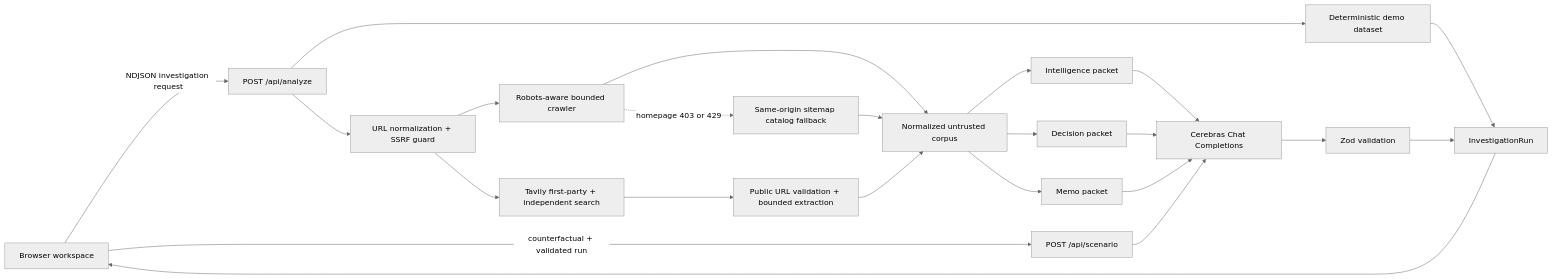
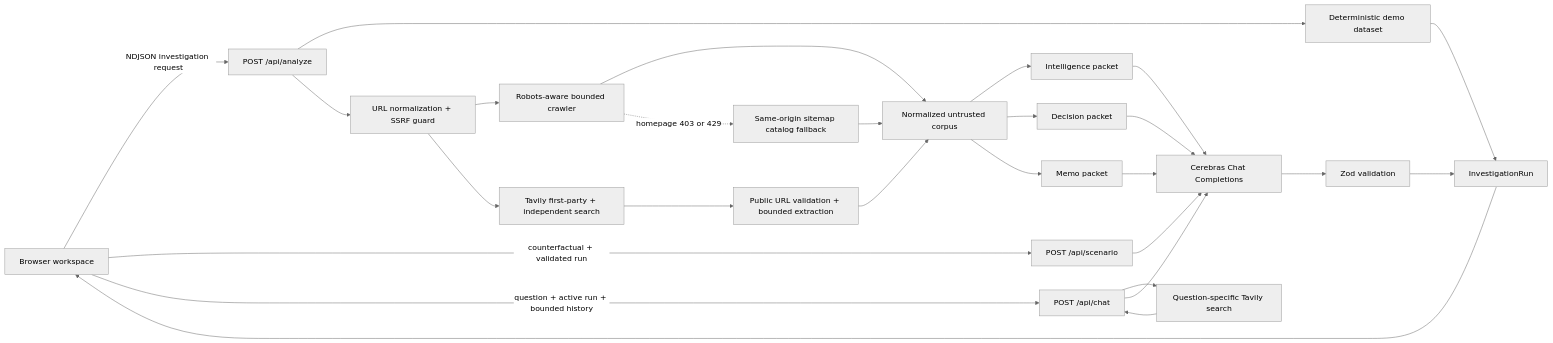
One commit to madhu-garudala/StartupSignal-V2 changed the first of 3 diagrams in docs/ARCHITECTURE.md. Above: the diagram before and after it, drawn with Mermaid (neutral theme). The commit also changed other lines of this file and 11 other files, not shown here.

````diff
--- a/docs/ARCHITECTURE.md
+++ b/docs/ARCHITECTURE.md
@@ -7,28 +7,32 @@
 ```mermaid
 flowchart LR
   browser[Browser workspace] -->|NDJSON investigation request| analyze[POST /api/analyze]
   browser -->|counterfactual + validated run| scenario[POST /api/scenario]
+  browser -->|question + active run + bounded history| chat[POST /api/chat]
 
   analyze --> demo[Deterministic demo dataset]
   analyze --> guard[URL normalization + SSRF guard]
   guard --> crawler[Robots-aware bounded crawler]
   guard --> tavily[Tavily first-party + independent search]
   crawler --> corpus[Normalized untrusted corpus]
   crawler -.->|homepage 403 or 429| sitemap[Same-origin sitemap catalog fallback]
   sitemap --> corpus
   tavily --> verify[Public URL validation + bounded extraction]
   verify --> corpus
   corpus --> intelligence[Intelligence packet]
   corpus --> decision[Decision packet]
   corpus --> memo[Memo packet]
 
   intelligence --> cerebras[Cerebras Chat Completions]
   decision --> cerebras
   memo --> cerebras
   scenario --> cerebras
+  chat --> chatsearch[Question-specific Tavily search]
+  chatsearch --> chat
+  chat --> cerebras
 
   cerebras --> zod[Zod validation]
   zod --> run[InvestigationRun]
   demo --> run
   run --> browser
 ```
````
